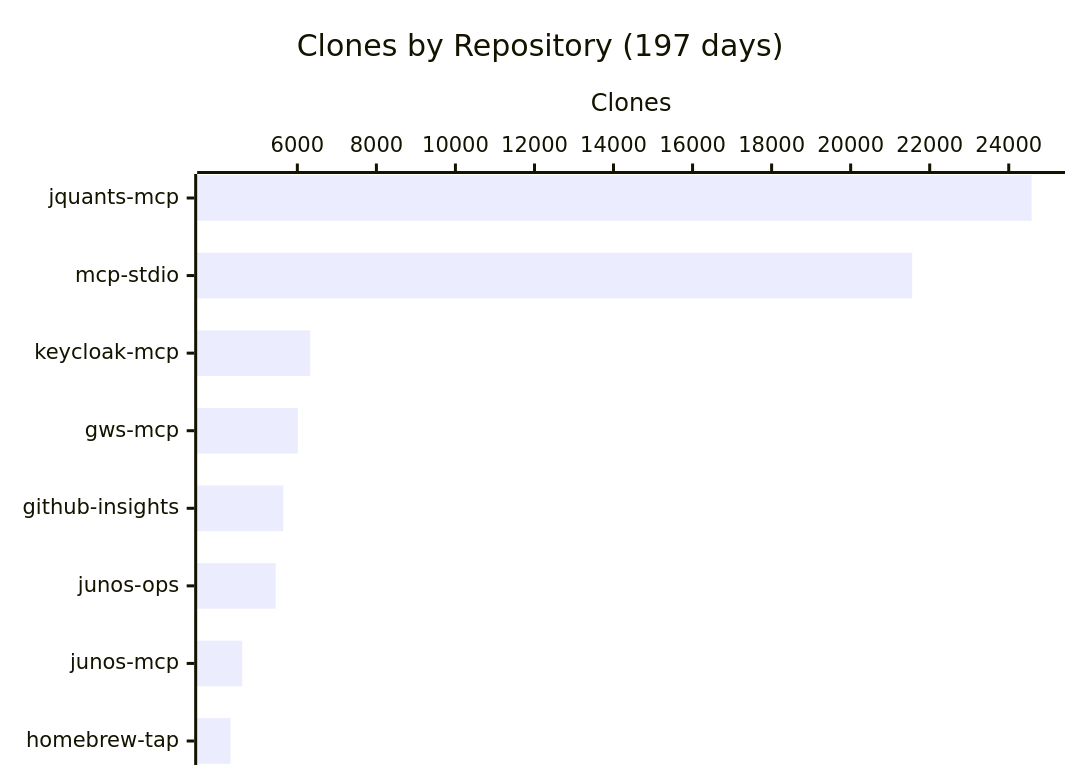
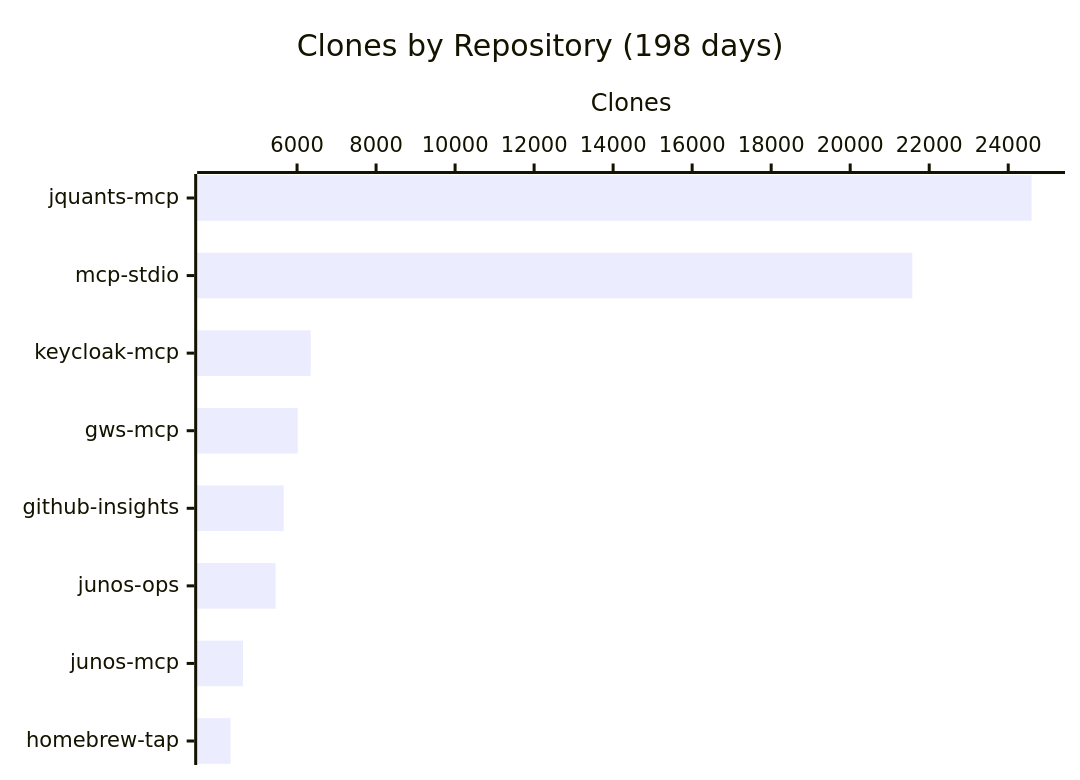
One commit to shigechika/github-insights changed the fourth of 4 diagrams in README.md. Above: the diagram before and after it, drawn with Mermaid. The commit also changed other lines of this file and 2 other files, not shown here.

````diff
--- a/README.md
+++ b/README.md
@@ -58,7 +58,7 @@
 ```mermaid
 xychart-beta horizontal
-    title "Clones by Repository (197 days)"
+    title "Clones by Repository (198 days)"
     x-axis ["jquants-mcp", "mcp-stdio", "keycloak-mcp", "gws-mcp", "github-insights", "junos-ops", "junos-mcp", "homebrew-tap"]
     y-axis "Clones"
-    bar [24578, 21558, 6326, 6014, 5643, 5453, 4607, 4311]
+    bar [24591, 21572, 6345, 6018, 5664, 5457, 4633, 4318]
 ```
````
